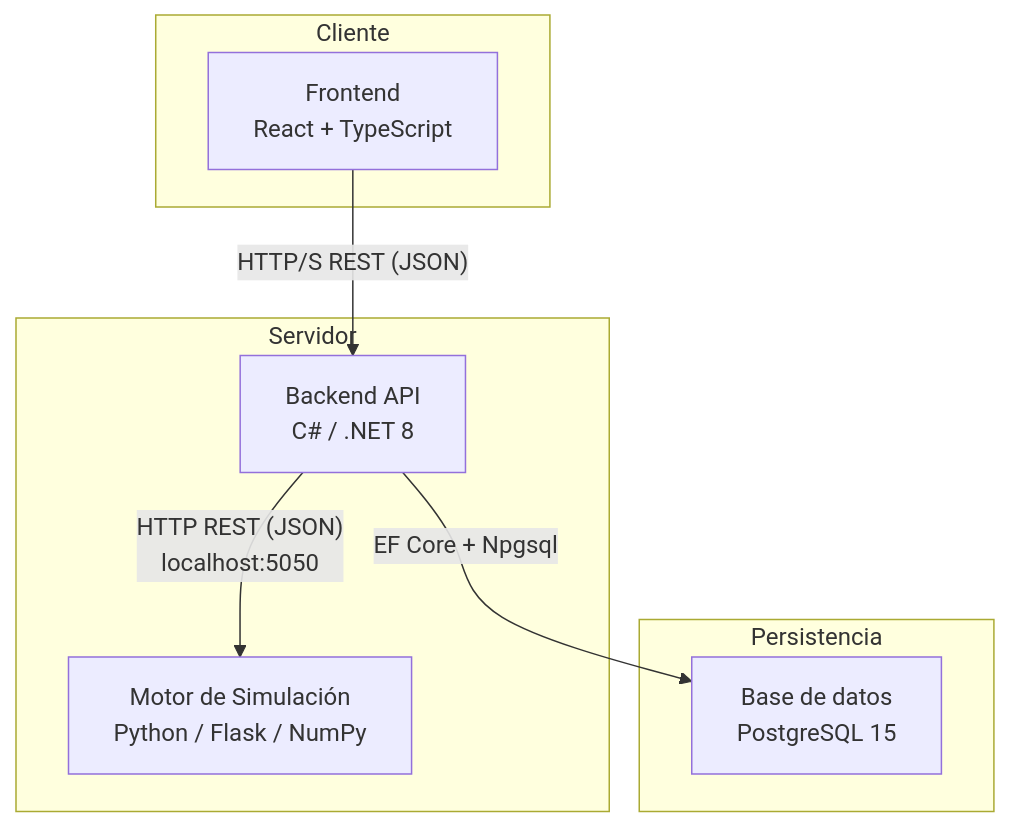
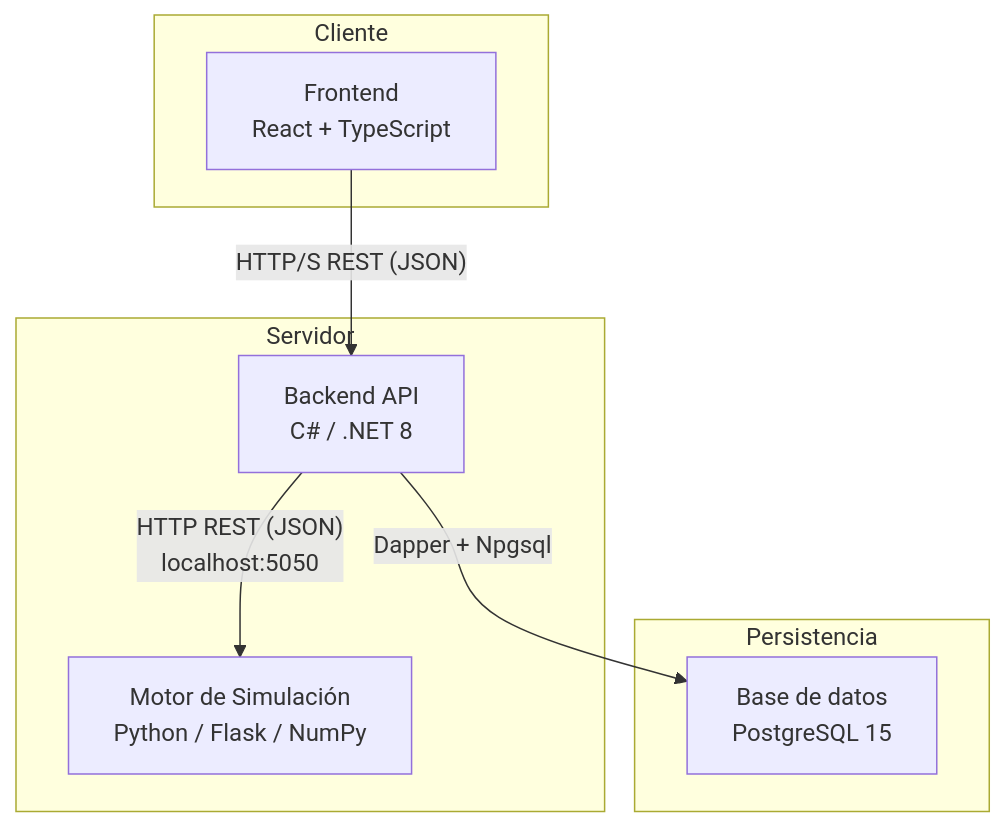
One commit to Sofiardb/ProyectoFinal-SimuladorFinanciero changed the diagram in README.md. Above: the diagram before and after it, drawn with Mermaid. The commit also changed other lines of this file, not shown here.

Commit message:
Actualizo README.md

````diff
--- a/README.md
+++ b/README.md
@@ -35,19 +35,19 @@
 ```mermaid
 graph TD
     subgraph Cliente
         FE["Frontend\nReact + TypeScript"]
     end
 
     subgraph Servidor
         API["Backend API\nC# / .NET 8"]
         MOTOR["Motor de Simulación\nPython / Flask / NumPy"]
     end
 
     subgraph Persistencia
         DB["Base de datos\nPostgreSQL 15"]
     end
 
     FE -->|"HTTP/S REST (JSON)"| API
     API -->|"HTTP REST (JSON)\nlocalhost:5050"| MOTOR
-    API -->|"EF Core + Npgsql"| DB
+    API -->|"Dapper + Npgsql"| DB
 ```
````
